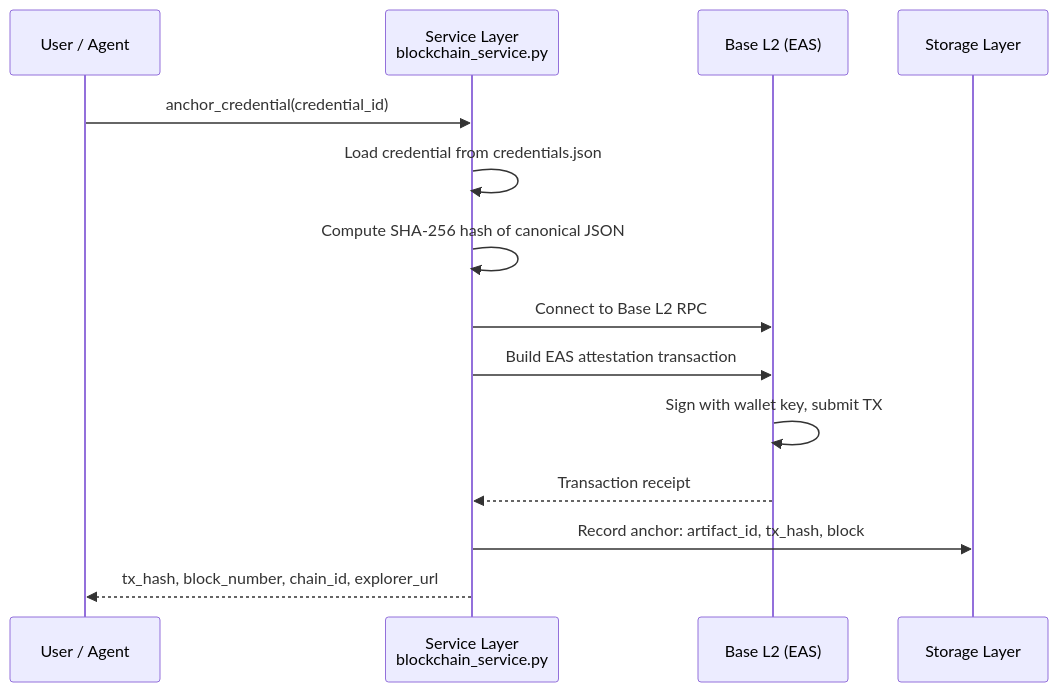
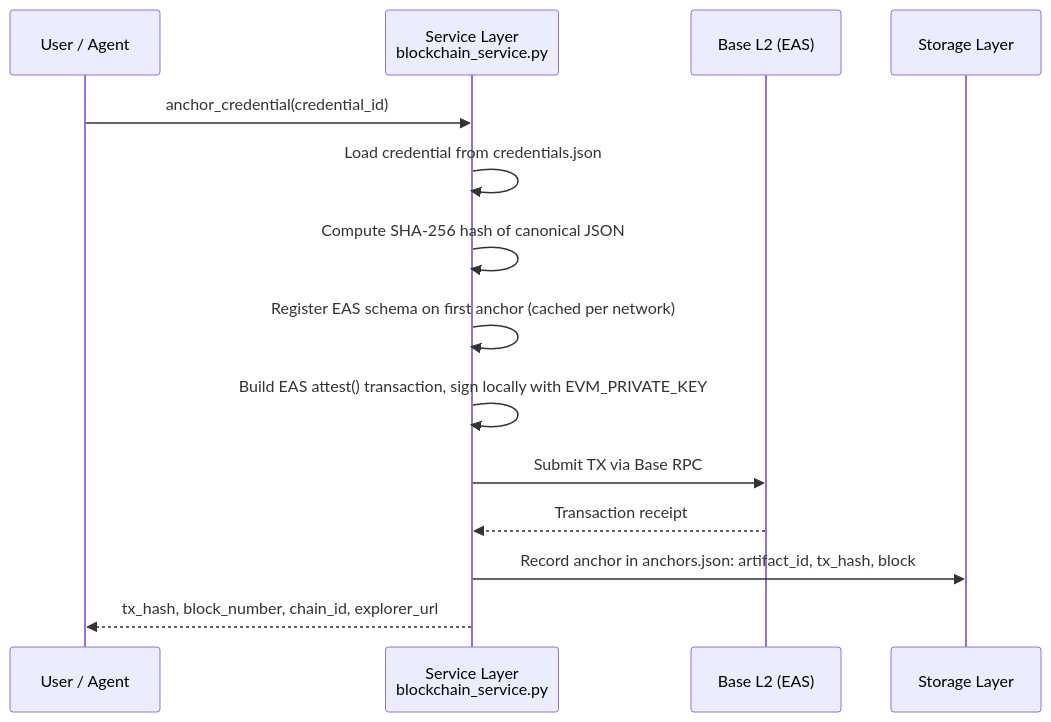
The fourth of 4 diagrams in website/content/docs/guides/architecture.mdx (VibeTensor/attestix), drawn with Mermaid before and after one commit. The commit also changed other lines of this file and 49 other files, not shown here.

````diff
--- a/website/content/docs/guides/architecture.mdx
+++ b/website/content/docs/guides/architecture.mdx
@@ -137,17 +149,17 @@
 ```mermaid
 sequenceDiagram
     participant U as User / Agent
     participant S as Service Layer<br/>blockchain_service.py
     participant B as Base L2 (EAS)
     participant D as Storage Layer
 
     U->>S: anchor_credential(credential_id)
     S->>S: Load credential from credentials.json
     S->>S: Compute SHA-256 hash of canonical JSON
-    S->>B: Connect to Base L2 RPC
-    S->>B: Build EAS attestation transaction
-    B->>B: Sign with wallet key, submit TX
+    S->>S: Register EAS schema on first anchor (cached per network)
+    S->>S: Build EAS attest() transaction, sign locally with EVM_PRIVATE_KEY
+    S->>B: Submit TX via Base RPC
     B-->>S: Transaction receipt
-    S->>D: Record anchor: artifact_id, tx_hash, block
+    S->>D: Record anchor in anchors.json: artifact_id, tx_hash, block
     S-->>U: tx_hash, block_number, chain_id, explorer_url
 ```
````
